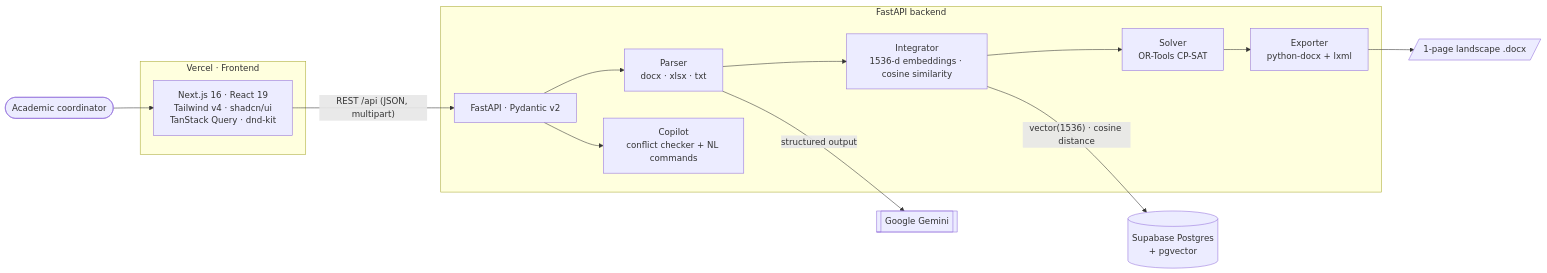
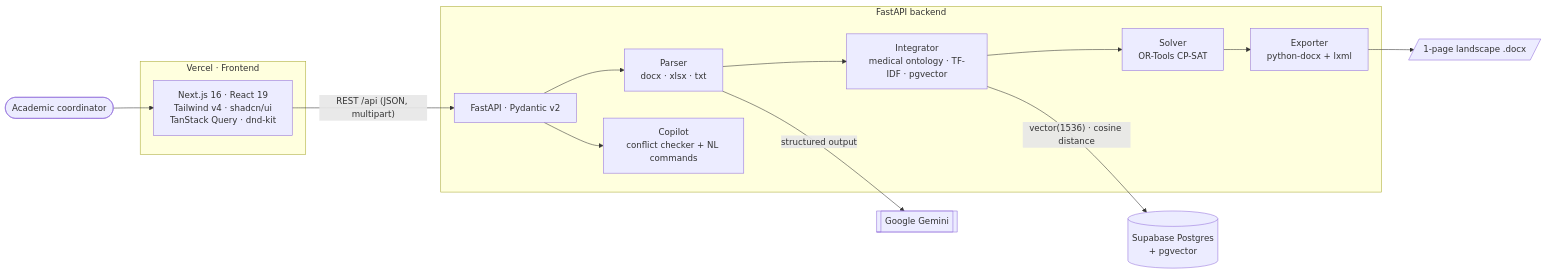
Before and after one commit to dawoodcs195-spec/medschedule-ai: the diagram in README.md, drawn with Mermaid. The commit also changed other lines of this file and 1 other file, not shown here.

````diff
--- a/README.md
+++ b/README.md
@@ -94,25 +95,25 @@
 ```mermaid
 flowchart LR
     U([Academic coordinator]) --> FE
 
     subgraph Vercel_FE["Vercel · Frontend"]
         FE["Next.js 16 · React 19<br/>Tailwind v4 · shadcn/ui<br/>TanStack Query · dnd-kit"]
     end
 
     FE -- "REST /api (JSON, multipart)" --> API
 
     subgraph Backend["FastAPI backend"]
         API["FastAPI · Pydantic v2"]
         P["Parser<br/>docx · xlsx · txt"]
-        I["Integrator<br/>1536-d embeddings · cosine similarity"]
+        I["Integrator<br/>medical ontology · TF-IDF · pgvector"]
         S["Solver<br/>OR-Tools CP-SAT"]
         C["Copilot<br/>conflict checker + NL commands"]
         X["Exporter<br/>python-docx + lxml"]
         API --> P --> I --> S --> X
         API --> C
     end
 
     P -- "structured output" --> G[["Google Gemini"]]
     I -- "vector(1536) · cosine distance" --> DB[("Supabase Postgres<br/>+ pgvector")]
     X --> D[/"1-page landscape .docx"/]
 ```
````
